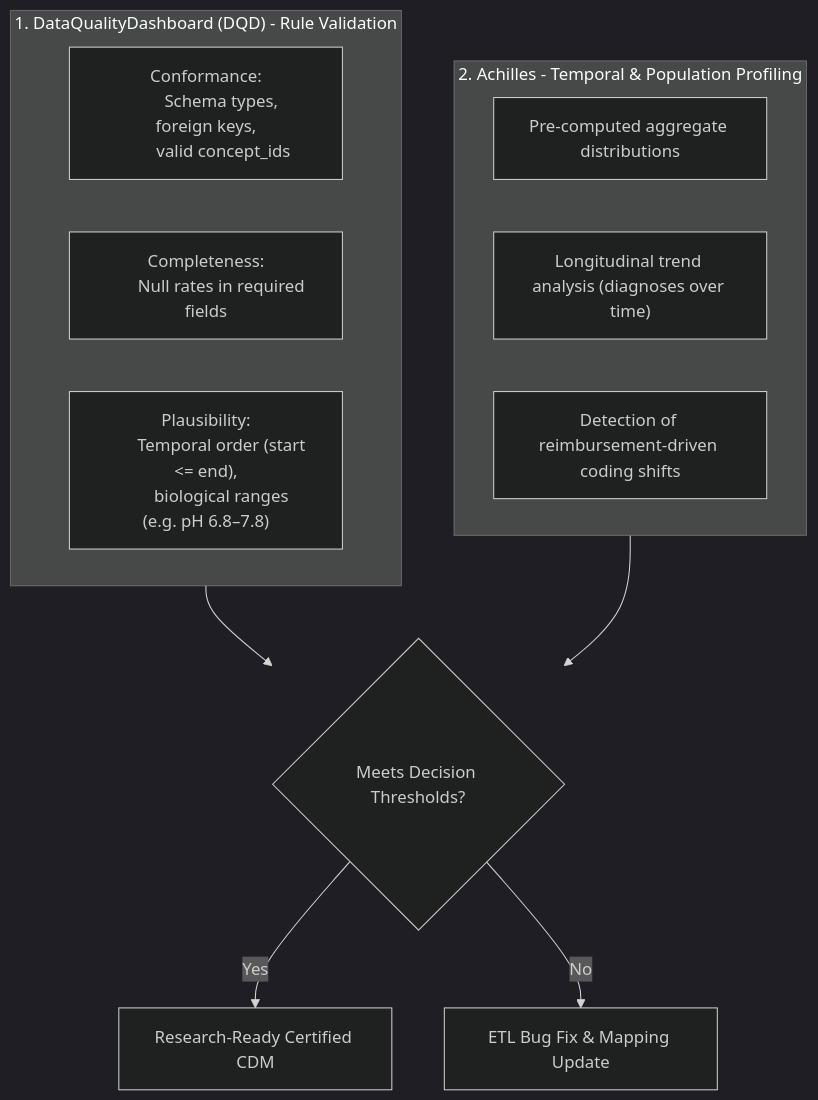
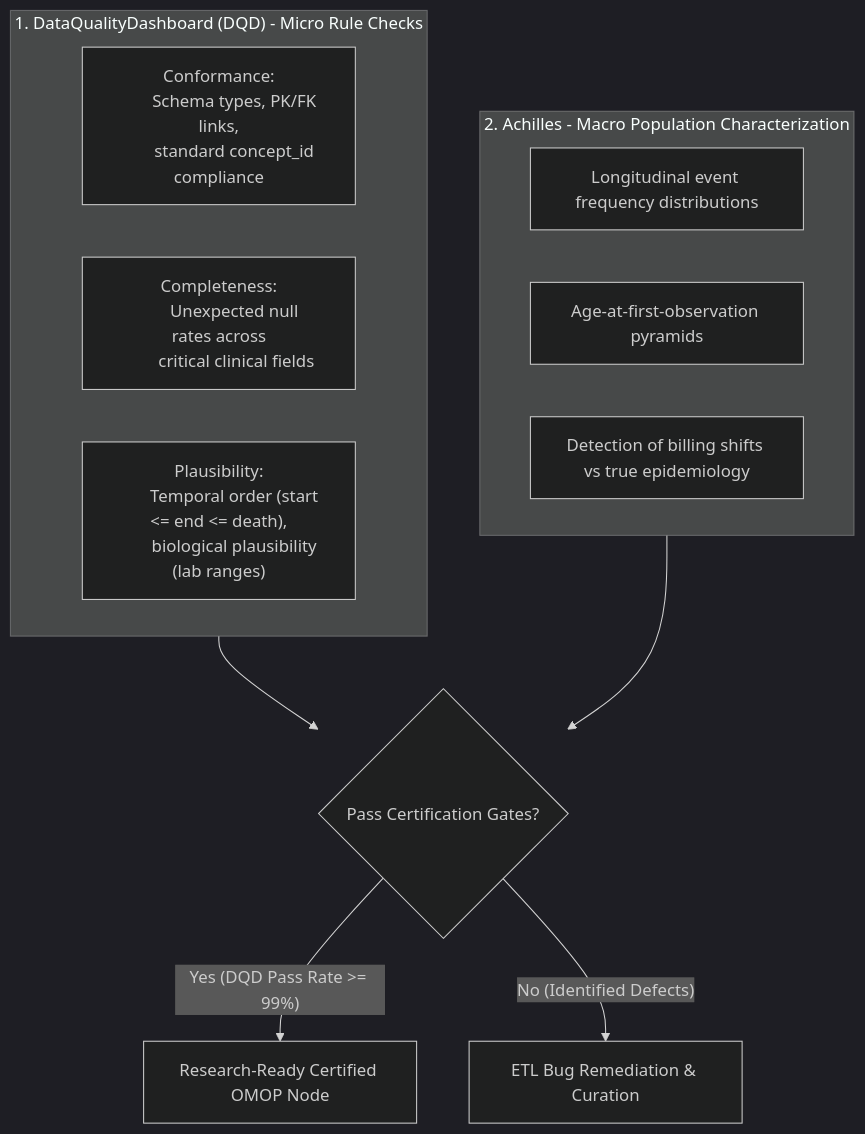
One commit to iomedhealth/OmopAnalyticsGuide changed the fourth of 4 diagrams in docs/data_enablement/02_etl_and_data_quality.md. Above: the diagram before and after it, drawn with Mermaid (dark theme). The commit also changed other lines of this file, not shown here.

Commit message:
docs: refine OMOP ETL and data quality guide with narrative lifecycle and tools

````diff
--- a/docs/data_enablement/02_etl_and_data_quality.md
+++ b/docs/data_enablement/02_etl_and_data_quality.md
@@ -173,24 +211,25 @@
 ```mermaid
 flowchart TD
-    subgraph DQD["1. DataQualityDashboard (DQD) - Rule Validation"]
+    subgraph DQD["1. DataQualityDashboard (DQD) - Micro Rule Checks"]
         K1["Conformance:
-        Schema types, foreign keys,
-        valid concept_ids"]
+        Schema types, PK/FK links,
+        standard concept_id compliance"]
         K2["Completeness:
-        Null rates in required fields"]
+        Unexpected null rates across
+        critical clinical fields"]
         K3["Plausibility:
-        Temporal order (start <= end),
-        biological ranges (e.g. pH 6.8–7.8)"]
+        Temporal order (start <= end <= death),
+        biological plausibility (lab ranges)"]
     end
 
-    subgraph Achilles["2. Achilles - Temporal & Population Profiling"]
-        A1["Pre-computed aggregate distributions"]
-        A2["Longitudinal trend analysis (diagnoses over time)"]
-        A3["Detection of reimbursement-driven coding shifts"]
+    subgraph Achilles["2. Achilles - Macro Population Characterization"]
+        A1["Longitudinal event frequency distributions"]
+        A2["Age-at-first-observation pyramids"]
+        A3["Detection of billing shifts vs true epidemiology"]
     end
 
-    DQD --> QA_PASSED{"Meets Decision Thresholds?"}
-    Achilles --> QA_PASSED
-    QA_PASSED -->|"Yes"| CERT["Research-Ready Certified CDM"]
-    QA_PASSED -->|"No"| BUG["ETL Bug Fix & Mapping Update"]
+    DQD --> GATE{"Pass Certification Gates?"}
+    Achilles --> GATE
+    GATE -->|"Yes (DQD Pass Rate >= 99%)"| CERT["Research-Ready Certified OMOP Node"]
+    GATE -->|"No (Identified Defects)"| FIX["ETL Bug Remediation & Curation"]
 ```
````
